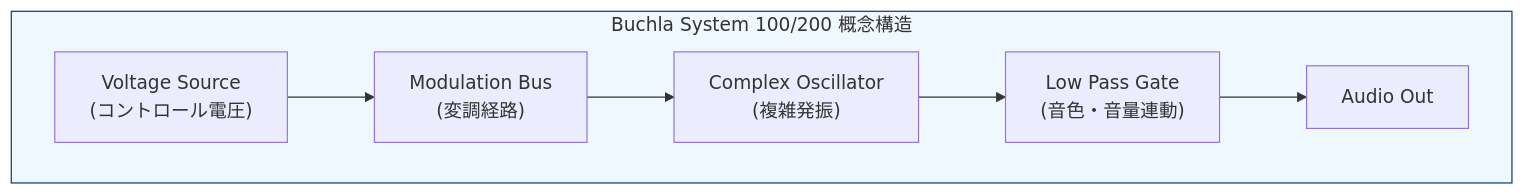
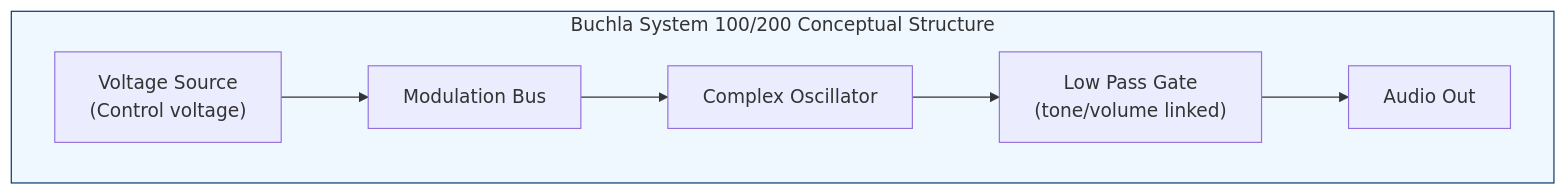
One commit to monumental-movement/monumental-movement.github.io changed the first of 2 diagrams in en/_posts/2025-10-25-column-buchla-serge.md. Above: the diagram before and after it, drawn with Mermaid. The commit also changed 152 other files, not shown here.

```diff
--- a/en/_posts/2025-10-25-column-buchla-serge.md
+++ b/en/_posts/2025-10-25-column-buchla-serge.md
@@ -65,13 +65,13 @@
 <div class="mermaid">
 
 flowchart LR
-  subgraph Buchla_System["Buchla System 100/200 概念構造"]
+  subgraph Buchla_System["Buchla System 100/200 Conceptual Structure"]
     direction LR
-    CV["Voltage Source<br>(コントロール電圧)"] --> MOD["Modulation Bus<br>(変調経路)"]
-    MOD --> OSC["Complex Oscillator<br>(複雑発振)"]
-    OSC --> LPG["Low Pass Gate<br>(音色・音量連動)"]
+    CV["Voltage Source<br>(Control voltage)"] --> MOD["Modulation Bus<br>"]
+    MOD --> OSC["Complex Oscillator<br>"]
+    OSC --> LPG["Low Pass Gate<br>(tone/volume linked)"]
     LPG --> OUT["Audio Out"]
   end
   style Buchla_System fill:#f0f8ff,stroke:#003366,stroke-width:1px;
 
 </div>
```
